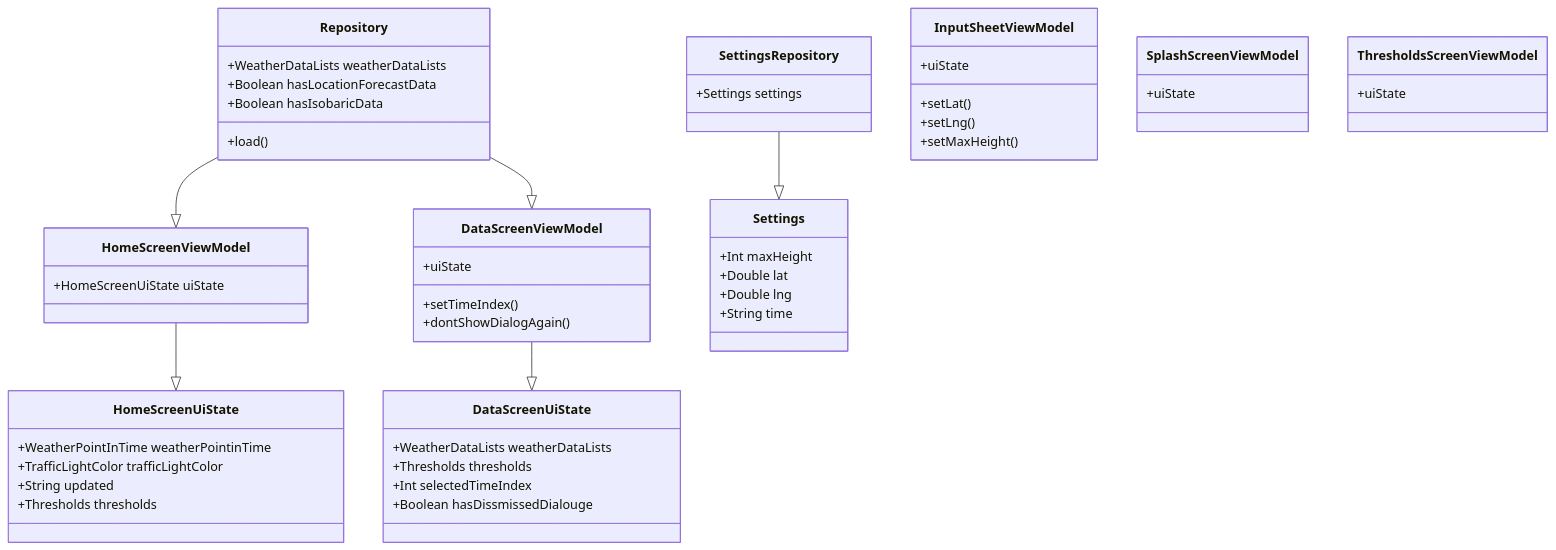
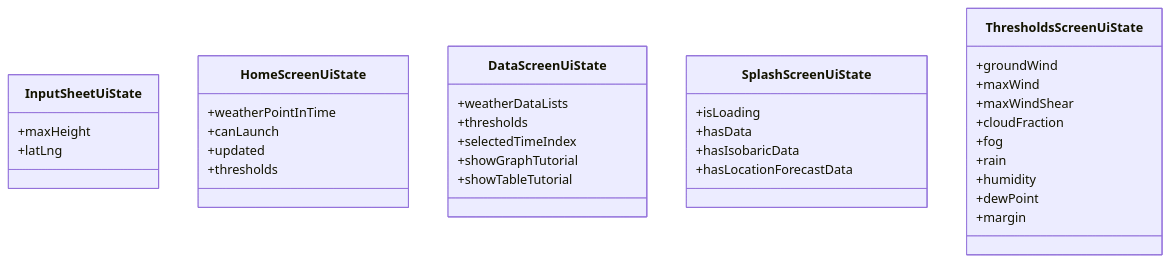
One commit to TheLyngset/liftOff changed the second of 3 diagrams in Modeling.md. Above: the diagram before and after it, drawn with Mermaid. The commit also changed other lines of this file, not shown here.

````diff
--- a/Modeling.md
+++ b/Modeling.md
@@ -56,66 +231,40 @@
 ```mermaid
 classDiagram
-    Repository --|> HomeScreenViewModel
-    Repository --|> DataScreenViewModel
-
-    SettingsRepository --|> Settings
-
-    HomeScreenViewModel --|> HomeScreenUiState
-
-    DataScreenViewModel --|> DataScreenUiState
-
-
-
-
-    class Repository{
-        +WeatherDataLists weatherDataLists
-        +Boolean hasLocationForecastData
-        +Boolean hasIsobaricData
-        +load()
+    class InputSheetUiState{
+        +maxHeight
+        +latLng
     }
-    class SettingsRepository{
-        +Settings settings
-    }
-    class Settings{
-        +Int maxHeight
-        +Double lat
-        +Double lng
-        +String time
+        class HomeScreenUiState{
+        +weatherPointInTime
+        +canLaunch
+        +updated
+        +thresholds
     }
 
-
-    class HomeScreenViewModel{
-        +HomeScreenUiState uiState
-    }
-    class HomeScreenUiState{
-        +WeatherPointInTime weatherPointinTime
-        +TrafficLightColor trafficLightColor
-        +String updated
-        +Thresholds thresholds
+    class DataScreenUiState{
+        +weatherDataLists
+        +thresholds
+        +selectedTimeIndex
+        +showGraphTutorial
+        +showTableTutorial
     }
 
-    class DataScreenViewModel{
-        +uiState
-        +setTimeIndex()
-        +dontShowDialogAgain()
+    class SplashScreenUiState{
+        +isLoading
+        +hasData
+        +hasIsobaricData
+        +hasLocationForecastData
     }
-    class DataScreenUiState{
-        +WeatherDataLists weatherDataLists
-        +Thresholds thresholds
-        +Int selectedTimeIndex
-        +Boolean hasDissmissedDialouge
-    }
-    
-    class InputSheetViewModel{
-        +uiState
-        +setLat()
-        +setLng()
-        +setMaxHeight()
-    }
-    class SplashScreenViewModel{
-        +uiState
-    }
-    class ThresholdsScreenViewModel{
-        +uiState
-    }
+
+        class ThresholdsScreenUiState{
+        +groundWind
+        +maxWind
+        +maxWindShear
+        +cloudFraction
+        +fog
+        +rain
+        +humidity
+        +dewPoint
+        +margin
+    } 
 ```
````
